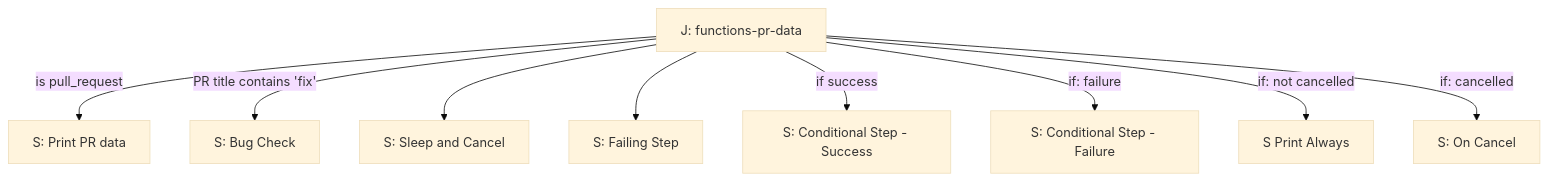
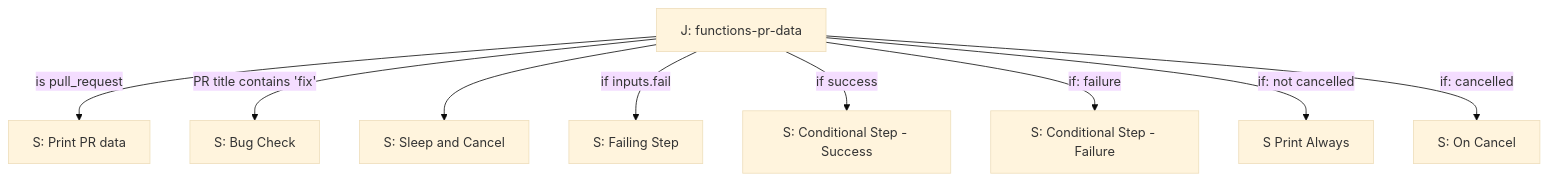
One commit to madBabel/madbabel-classroom-githubactions-08-expressions-github-starter-course-1 changed the third of 3 diagrams in README.md. Above: the diagram before and after it, drawn with Mermaid (base theme).

````diff
--- a/README.md
+++ b/README.md
@@ -206,12 +206,12 @@
 ```mermaid
 graph TD  
     G[J: functions-pr-data]
     G --is pull_request --> H[S: Print PR data]
     G -- PR title contains 'fix' --> J[S: Bug Check]
     G --> K[S: Sleep and Cancel]
-    G --> L[S: Failing Step]
+    G -- if inputs.fail  --> L[S: Failing Step]
     G -- if success--> M[S: Conditional Step - Success]
     G -- if: failure --> N[S: Conditional Step - Failure]
     G -- if: not cancelled --> O[S Print Always]
     G -- if: cancelled --> P[S: On Cancel]
 ```
````
